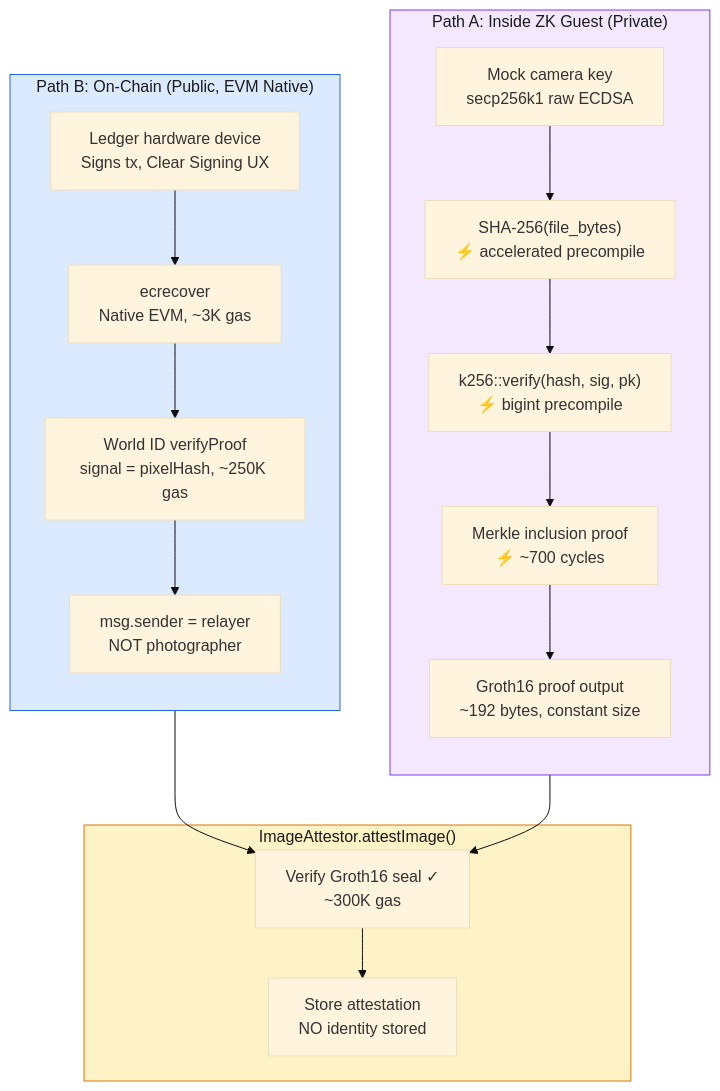
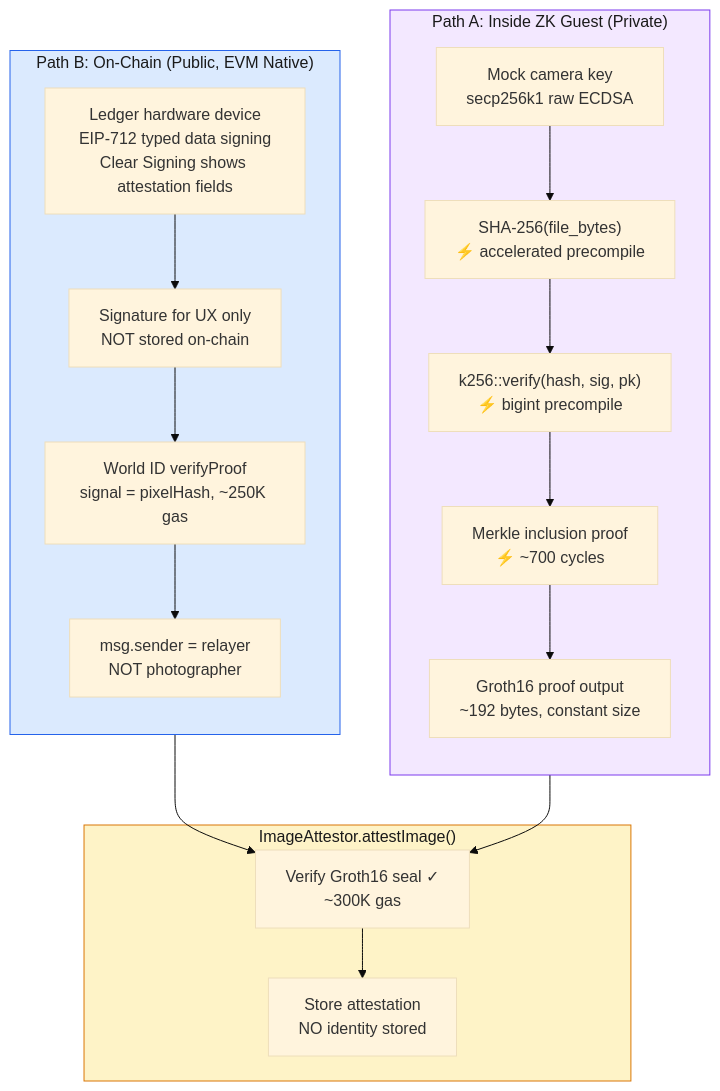
One commit to pycckuu/proof-frame changed the third of 13 diagrams in docs/DIAGRAMS.md. Above: the diagram before and after it, drawn with Mermaid (base theme). The commit also changed other lines of this file and 13 other files, not shown here.

````diff
--- a/docs/DIAGRAMS.md
+++ b/docs/DIAGRAMS.md
@@ -121,34 +121,34 @@
 ```mermaid
 graph TB
     subgraph PATH_A["Path A: Inside ZK Guest (Private)"]
         direction TB
         A1[Mock camera key<br/>secp256k1 raw ECDSA]
         A2["SHA-256(file_bytes)<br/>⚡ accelerated precompile"]
         A3["k256::verify(hash, sig, pk)<br/>⚡ bigint precompile"]
         A4["Merkle inclusion proof<br/>⚡ ~700 cycles"]
         A5["Groth16 proof output<br/>~192 bytes, constant size"]
         A1 --> A2 --> A3 --> A4 --> A5
     end
 
     subgraph PATH_B["Path B: On-Chain (Public, EVM Native)"]
         direction TB
-        B1["Ledger hardware device<br/>Signs tx, Clear Signing UX"]
-        B2["ecrecover<br/>Native EVM, ~3K gas"]
+        B1["Ledger hardware device<br/>EIP-712 typed data signing<br/>Clear Signing shows attestation fields"]
+        B2["Signature for UX only<br/>NOT stored on-chain"]
         B3["World ID verifyProof<br/>signal = pixelHash, ~250K gas"]
         B4["msg.sender = relayer<br/>NOT photographer"]
         B1 --> B2 --> B3 --> B4
     end
 
     subgraph MERGE["ImageAttestor.attestImage()"]
         C1["Verify Groth16 seal ✓<br/>~300K gas"]
         C2["Store attestation<br/>NO identity stored"]
     end
 
     A5 --> C1
     B4 --> C1
     C1 --> C2
 
     style PATH_A fill:#f3e8ff,stroke:#7c3aed,color:#1a1a1a
     style PATH_B fill:#dbeafe,stroke:#2563eb,color:#1a1a1a
     style MERGE fill:#fef3c7,stroke:#d97706,color:#1a1a1a
 ```
````
